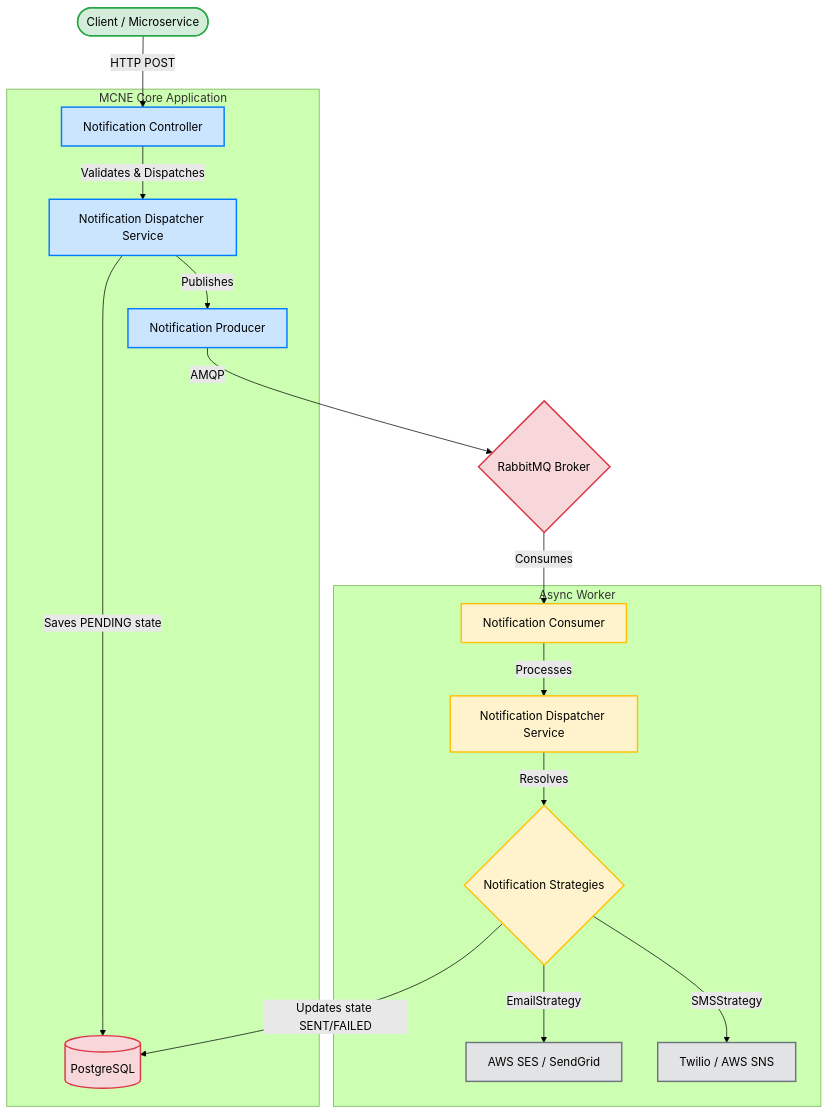
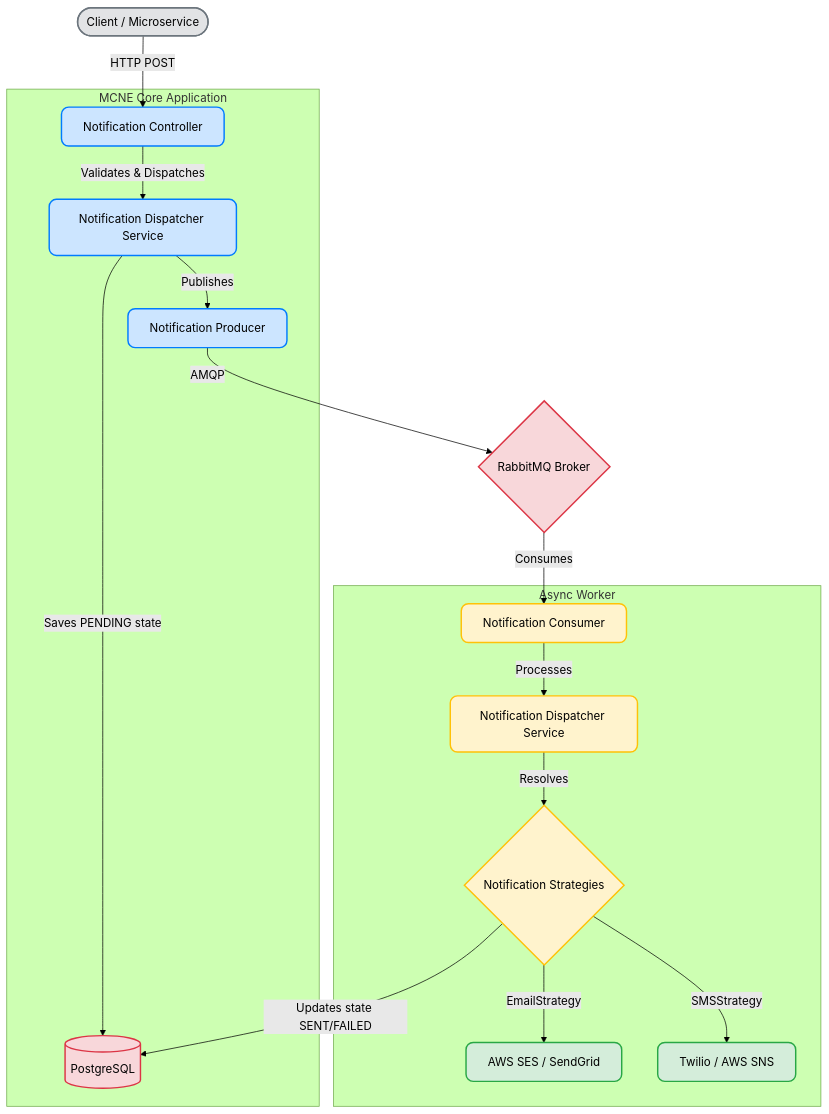
The first of 3 diagrams in ARCHITECTURE.md (pmfml/multi-channel-notification-engine), drawn with Mermaid (forest theme) before and after one commit. The commit also changed other lines of this file, not shown here.

Commit message:
docs: change diagrams colors

````diff
--- a/ARCHITECTURE.md
+++ b/ARCHITECTURE.md
@@ -11,34 +11,35 @@
 ```mermaid
 graph TD
     Client([Client / Microservice]) -->|HTTP POST| Controller[Notification Controller]
 
     subgraph MCNE Core Application
         Controller -->|Validates & Dispatches| Dispatcher[Notification Dispatcher Service]
         Dispatcher -->|Saves PENDING state| DB[(PostgreSQL)]
         Dispatcher -->|Publishes| Producer[Notification Producer]
     end
 
     Producer -->|AMQP| RabbitMQ{RabbitMQ Broker}
 
     RabbitMQ -->|Consumes| Consumer[Notification Consumer]
 
     subgraph Async Worker
         Consumer -->|Processes| AsyncDispatcher[Notification Dispatcher Service]
         AsyncDispatcher -->|Resolves| Strategies{Notification Strategies}
         Strategies -->|EmailStrategy| EmailAPI[AWS SES / SendGrid]
         Strategies -->|SMSStrategy| SMSAPI[Twilio / AWS SNS]
         Strategies -->|Updates state SENT/FAILED| DB
     end
 
-    classDef client fill:#d4edda,stroke:#28a745,stroke-width:2px,color:#000000;
-    classDef core fill:#cce5ff,stroke:#007bff,stroke-width:2px,color:#000000;
-    classDef infra fill:#f8d7da,stroke:#dc3545,stroke-width:2px,color:#000000;
-    classDef worker fill:#fff3cd,stroke:#ffc107,stroke-width:2px,color:#000000;
-    classDef external fill:#e2e3e5,stroke:#6c757d,stroke-width:2px,color:#000000;
+    %% Aplicando as cores pastéis, fontes escuras e quinas arredondadas (rx, ry)
+    classDef client fill:#e2e3e5,stroke:#6c757d,stroke-width:2px,color:#000000,rx:10,ry:10;
+    classDef core fill:#cce5ff,stroke:#007bff,stroke-width:2px,color:#000000,rx:10,ry:10;
+    classDef infra fill:#f8d7da,stroke:#dc3545,stroke-width:2px,color:#000000,rx:10,ry:10;
+    classDef worker fill:#fff3cd,stroke:#ffc107,stroke-width:2px,color:#000000,rx:10,ry:10;
+    classDef external fill:#d4edda,stroke:#28a745,stroke-width:2px,color:#000000,rx:10,ry:10;
 
     class Client client;
     class Controller,Dispatcher,Producer core;
     class DB,RabbitMQ infra;
     class Consumer,AsyncDispatcher,Strategies worker;
     class EmailAPI,SMSAPI external;
 ```
````
